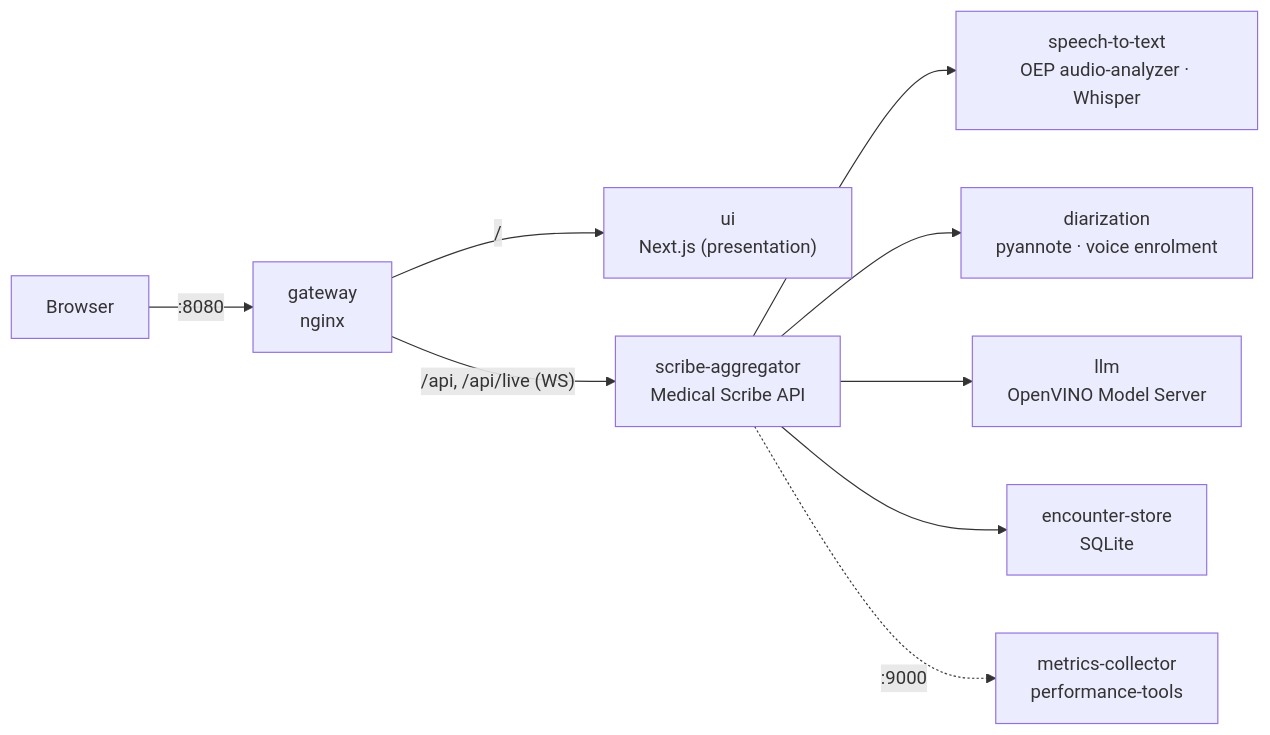
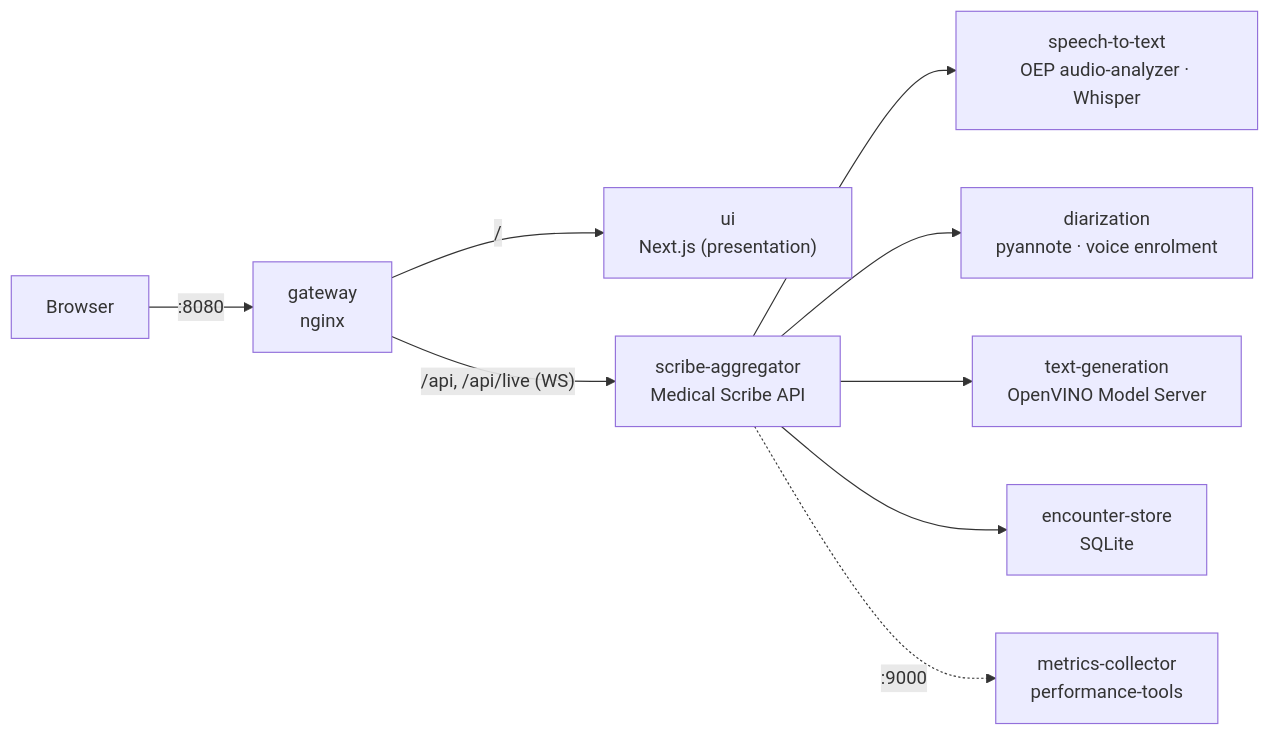
The diagram in medical-scribe-ms/README.md (sachinkaushik/health-and-life-sciences-ai-suite), drawn with Mermaid before and after one commit. The commit also changed other lines of this file and 15 other files, not shown here.

````diff
--- a/medical-scribe-ms/README.md
+++ b/medical-scribe-ms/README.md
@@ -16,11 +16,11 @@
 ```mermaid
 flowchart LR
   B["Browser"] -->|":8080"| GW["gateway<br/>nginx"]
   GW -->|"/"| UI["ui<br/>Next.js (presentation)"]
   GW -->|"/api, /api/live (WS)"| AGG["scribe-aggregator<br/>Medical Scribe API"]
   AGG --> STT["speech-to-text<br/>OEP audio-analyzer · Whisper"]
   AGG --> DIA["diarization<br/>pyannote · voice enrolment"]
-  AGG --> LLM["llm<br/>OpenVINO Model Server"]
+  AGG --> LLM["text-generation<br/>OpenVINO Model Server"]
   AGG --> ES["encounter-store<br/>SQLite"]
   AGG -.->|":9000"| MC["metrics-collector<br/>performance-tools"]
 ```
````
